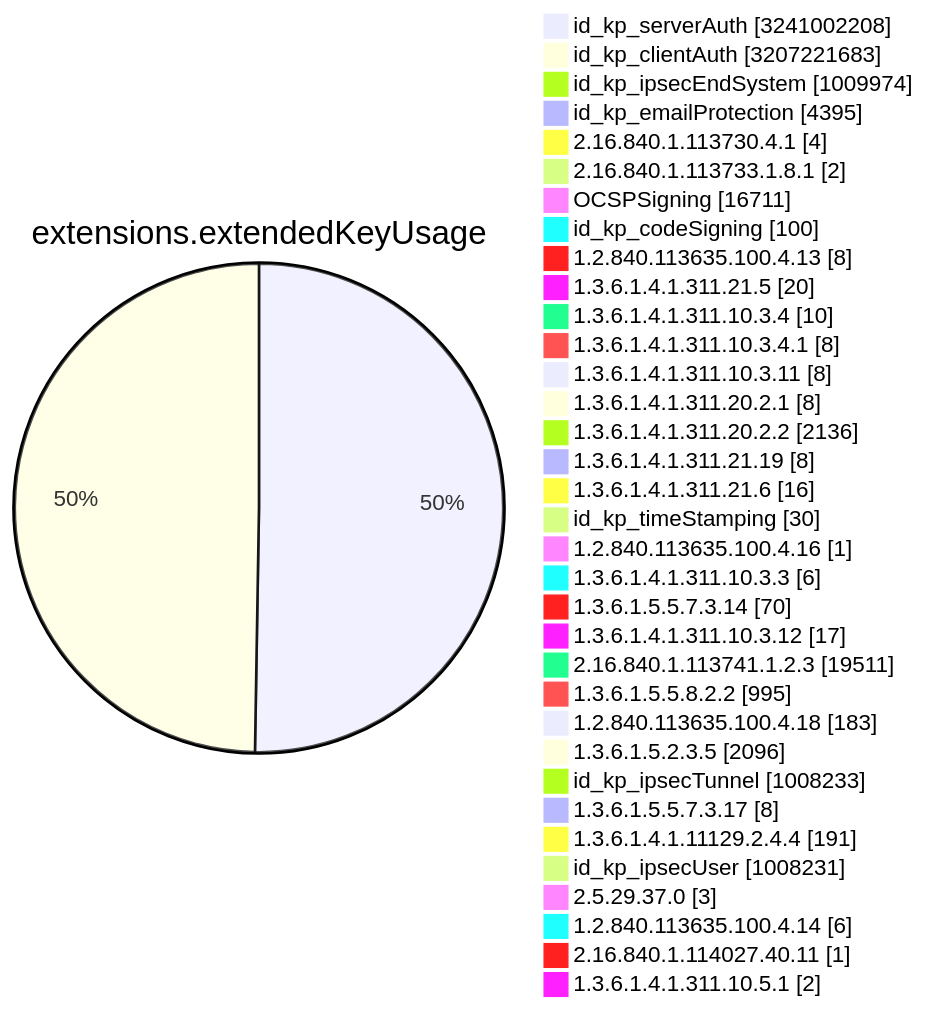
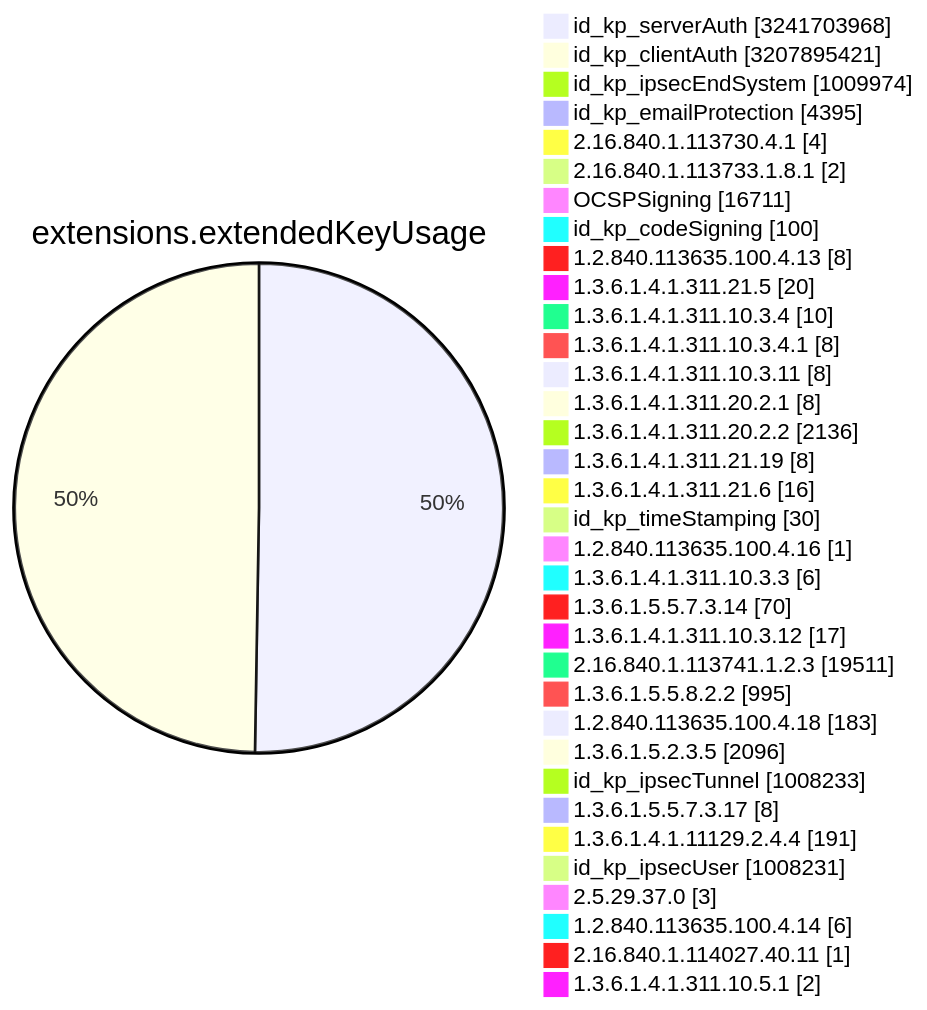
Diagram 11 of 15 in TOTAL/README.md (christiankrug/ctmonitor_visualization), drawn with Mermaid before and after one commit. The commit also changed other lines of this file, not shown here.

````diff
--- a/TOTAL/README.md
+++ b/TOTAL/README.md
@@ -4119,38 +4119,38 @@
 ```mermaid
 pie showData
 title extensions.extendedKeyUsage
-"id_kp_serverAuth" :3241002208
-"id_kp_clientAuth" :3207221683
+"id_kp_serverAuth" :3241703968
+"id_kp_clientAuth" :3207895421
 "id_kp_ipsecEndSystem" :1009974
 "id_kp_emailProtection" :4395
 "2.16.840.1.113730.4.1" :4
 "2.16.840.1.113733.1.8.1" :2
 "OCSPSigning" :16711
 "id_kp_codeSigning" :100
 "1.2.840.113635.100.4.13" :8
 "1.3.6.1.4.1.311.21.5" :20
 "1.3.6.1.4.1.311.10.3.4" :10
 "1.3.6.1.4.1.311.10.3.4.1" :8
 "1.3.6.1.4.1.311.10.3.11" :8
 "1.3.6.1.4.1.311.20.2.1" :8
 "1.3.6.1.4.1.311.20.2.2" :2136
 "1.3.6.1.4.1.311.21.19" :8
 "1.3.6.1.4.1.311.21.6" :16
 "id_kp_timeStamping" :30
 "1.2.840.113635.100.4.16" :1
 "1.3.6.1.4.1.311.10.3.3" :6
 "1.3.6.1.5.5.7.3.14" :70
 "1.3.6.1.4.1.311.10.3.12" :17
 "2.16.840.1.113741.1.2.3" :19511
 "1.3.6.1.5.5.8.2.2" :995
 "1.2.840.113635.100.4.18" :183
 "1.3.6.1.5.2.3.5" :2096
 "id_kp_ipsecTunnel" :1008233
 "1.3.6.1.5.5.7.3.17" :8
 "1.3.6.1.4.1.11129.2.4.4" :191
 "id_kp_ipsecUser" :1008231
 "2.5.29.37.0" :3
 "1.2.840.113635.100.4.14" :6
 "2.16.840.1.114027.40.11" :1
 "1.3.6.1.4.1.311.10.5.1" :2
 ```
````
